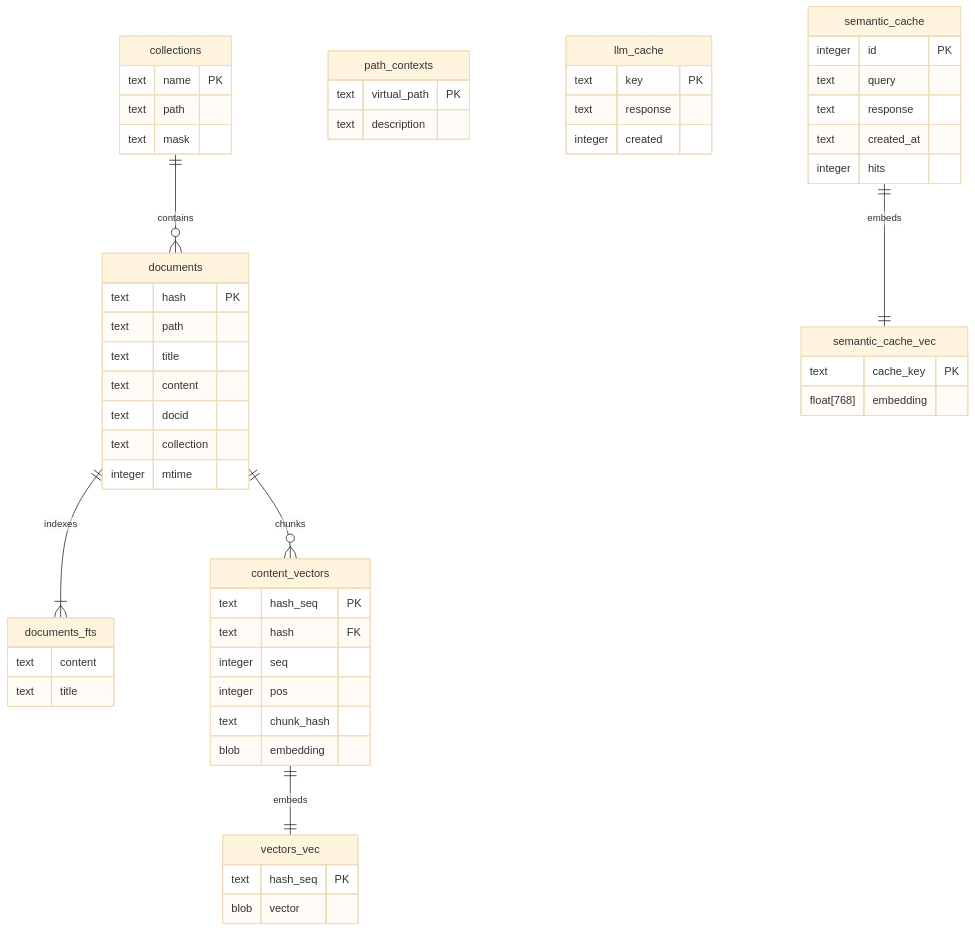
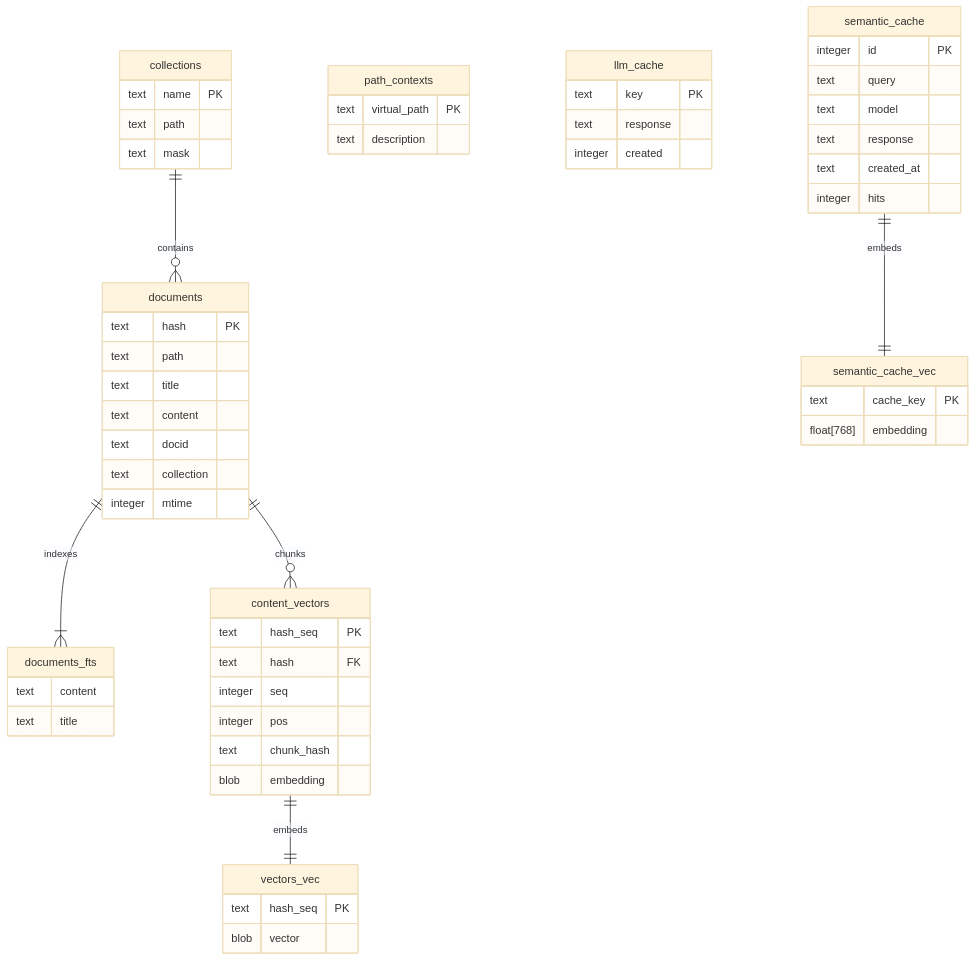
The third of 5 diagrams in README.md (ambicuity/KINDX), drawn with Mermaid (base theme) before and after one commit. The commit also changed 4 other files, not shown here.

````diff
--- a/README.md
+++ b/README.md
@@ -725,59 +725,60 @@
 ```mermaid
 erDiagram
     collections {
         text name PK
         text path
         text mask
     }
     path_contexts {
         text virtual_path PK
         text description
     }
     documents {
         text hash PK
         text path
         text title
         text content
         text docid
         text collection
         integer mtime
     }
     documents_fts {
         text content
         text title
     }
     content_vectors {
         text hash_seq PK
         text hash FK
         integer seq
         integer pos
         text chunk_hash
         blob embedding
     }
     vectors_vec {
         text hash_seq PK
         blob vector
     }
     llm_cache {
         text key PK
         text response
         integer created
     }
     semantic_cache {
         integer id PK
         text query
+        text model
         text response
         text created_at
         integer hits
     }
     semantic_cache_vec {
         text cache_key PK
         float[768] embedding
     }
 
     collections ||--o{ documents : contains
     documents ||--|{ documents_fts : indexes
     documents ||--o{ content_vectors : chunks
     content_vectors ||--|| vectors_vec : embeds
     semantic_cache ||--|| semantic_cache_vec : embeds
 ```
````
